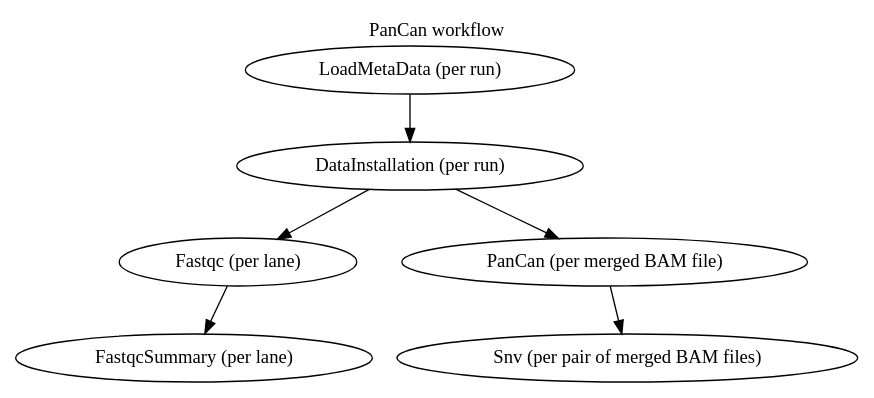
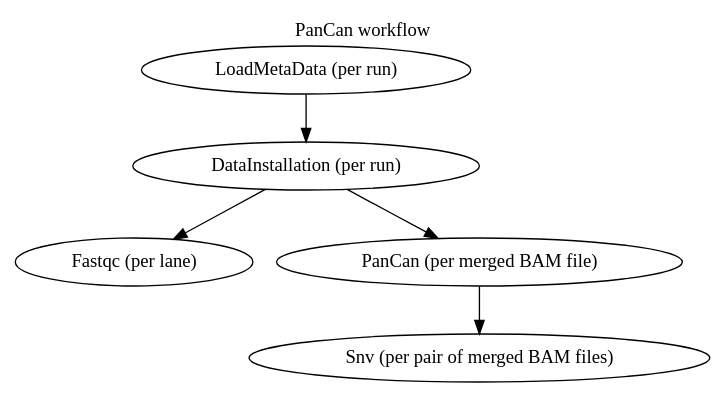
The diagram in src/docs/guide/workflowGraphs/PanCan.dot (one-touch-pipeline/otp), drawn with Graphviz before and after one commit. The commit also changed 4 other files, not shown here.

First line of the commit message:
OTP-2000: Remove FastqcSummaryWorkflow from workflow graphs

```diff
--- a/src/docs/guide/workflowGraphs/PanCan.dot
+++ b/src/docs/guide/workflowGraphs/PanCan.dot
@@ -1,11 +1,10 @@
 digraph workflows {
   labelloc="t";
   label="PanCan workflow";
 
   LoadMetaData [label="LoadMetaData (per run)"]
   DataInstallation [label="DataInstallation (per run)"];
   Fastqc [label="Fastqc (per lane)"];
   LoadMetaData -> DataInstallation -> Fastqc
   DataInstallation -> "PanCan (per merged BAM file)" -> "Snv (per pair of merged BAM files)"
-  Fastqc -> "FastqcSummary (per lane)";
 }
```
